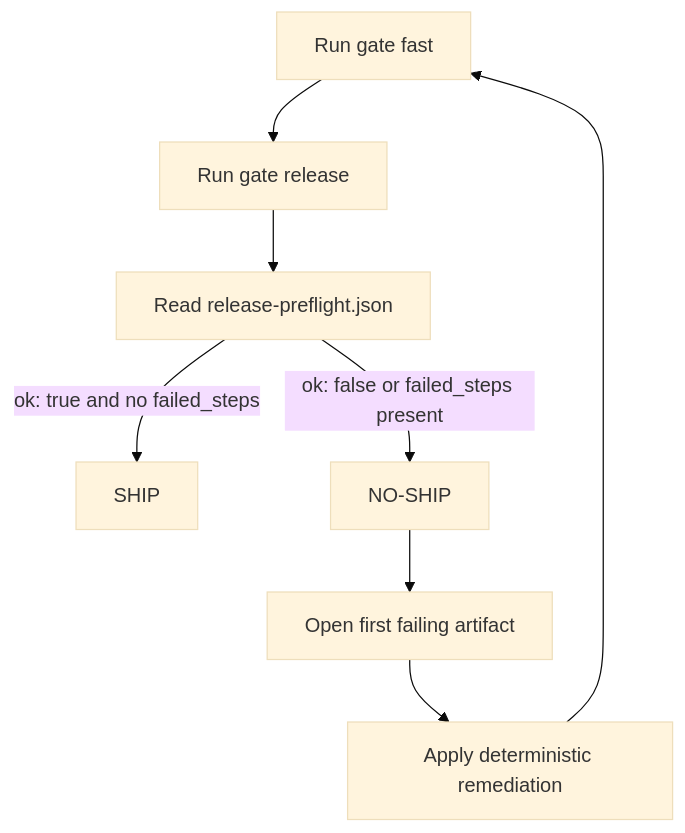
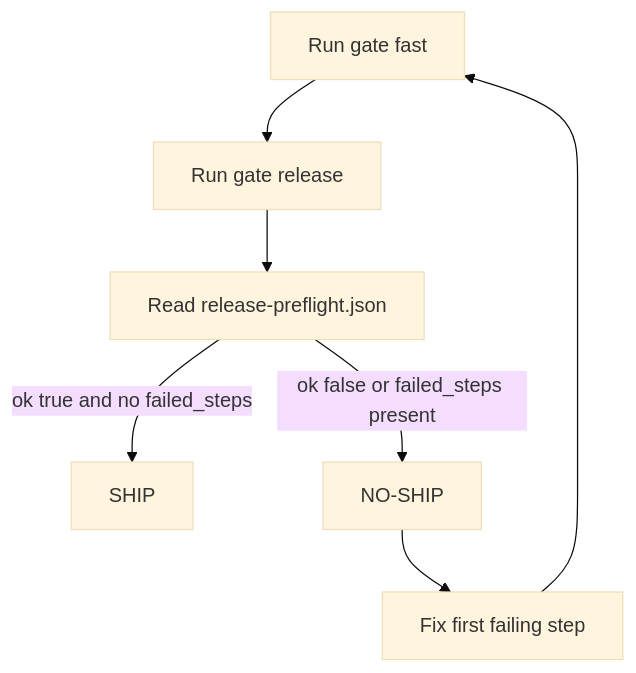
One commit to sherif69-sa/DevS69-sdetkit changed the diagram in README.md. Above: the diagram before and after it, drawn with Mermaid (base theme). The commit also changed other lines of this file, not shown here.

Commit message:
Apply full README HTML theme across all sections (#982)

````diff
--- a/README.md
+++ b/README.md
@@ -130,10 +125,9 @@
 ```mermaid
 flowchart TD
     A[Run gate fast] --> B[Run gate release]
     B --> C[Read release-preflight.json]
-    C -->|ok: true and no failed_steps| D[SHIP]
-    C -->|ok: false or failed_steps present| E[NO-SHIP]
-    E --> F[Open first failing artifact]
-    F --> G[Apply deterministic remediation]
-    G --> A
+    C -->|ok true and no failed_steps| D[SHIP]
+    C -->|ok false or failed_steps present| E[NO-SHIP]
+    E --> F[Fix first failing step]
+    F --> A
 ```
````
